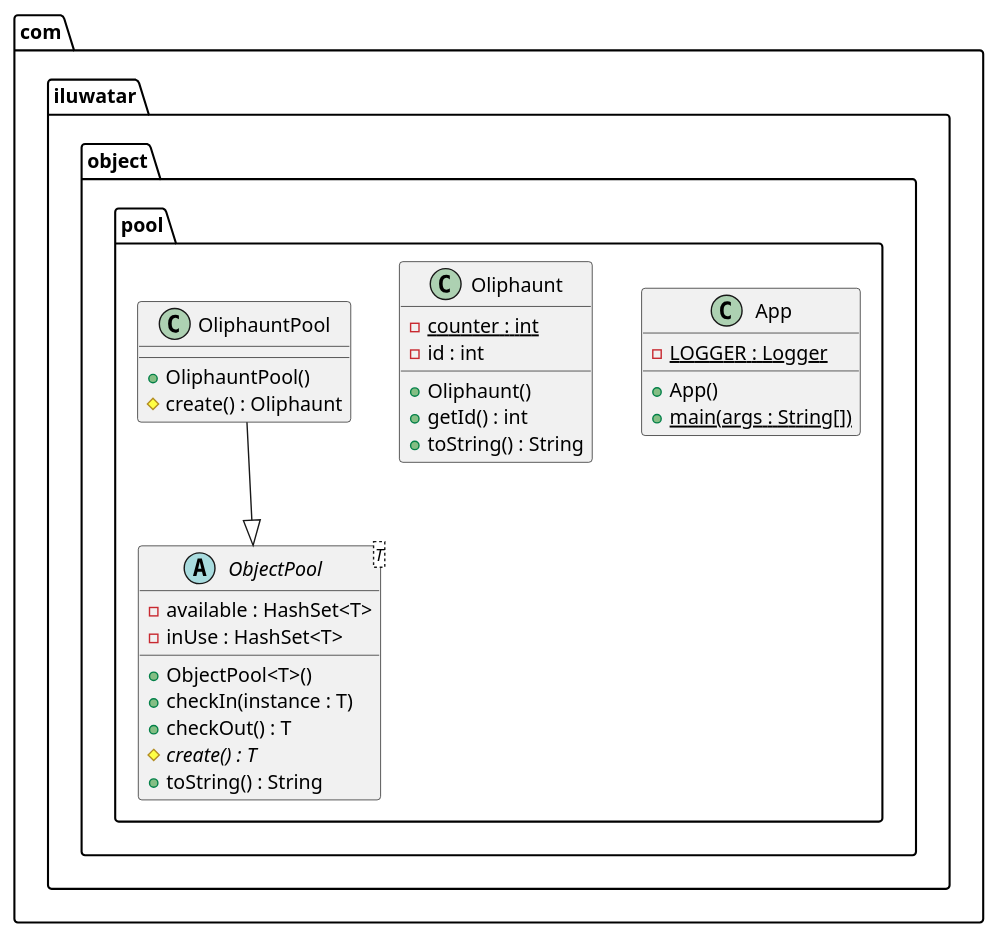
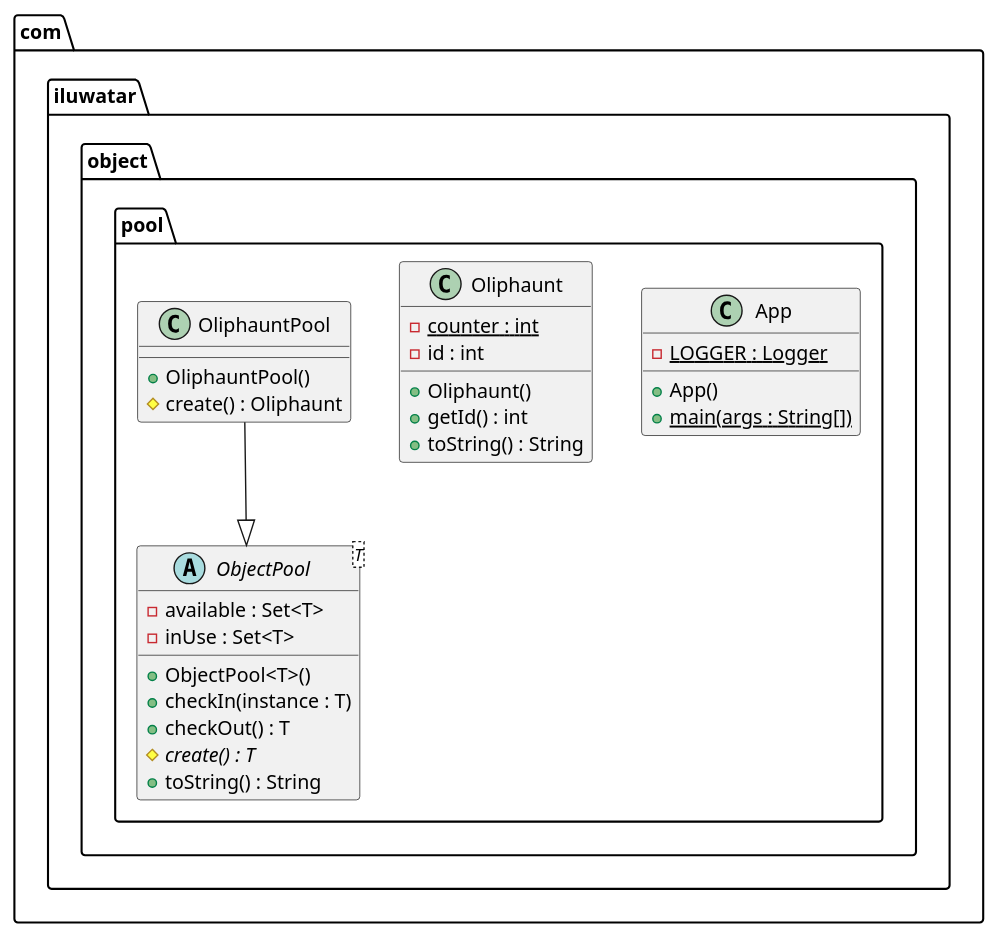
One commit to NatalieSty/java-design-patterns changed the diagram in object-pool/etc/object-pool.urm.puml. Above: the diagram before and after it, drawn with PlantUML. The commit also changed 23 other files, not shown here.

```diff
--- a/object-pool/etc/object-pool.urm.puml
+++ b/object-pool/etc/object-pool.urm.puml
@@ -1,30 +1,30 @@
 @startuml
 package com.iluwatar.object.pool {
   class App {
     - LOGGER : Logger {static}
     + App()
     + main(args : String[]) {static}
   }
   abstract class ObjectPool<T> {
-    - available : HashSet<T>
-    - inUse : HashSet<T>
+    - available : Set<T>
+    - inUse : Set<T>
     + ObjectPool<T>()
     + checkIn(instance : T)
     + checkOut() : T
     # create() : T {abstract}
     + toString() : String
   }
   class Oliphaunt {
     - counter : int {static}
     - id : int
     + Oliphaunt()
     + getId() : int
     + toString() : String
   }
   class OliphauntPool {
     + OliphauntPool()
     # create() : Oliphaunt
   }
 }
 OliphauntPool --|> ObjectPool 
 @enduml
```
